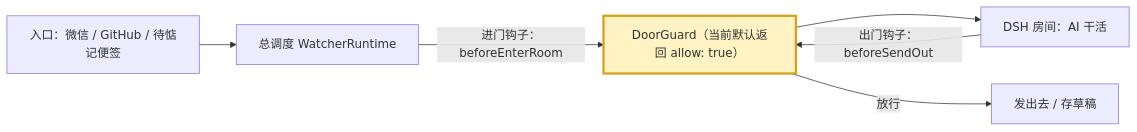
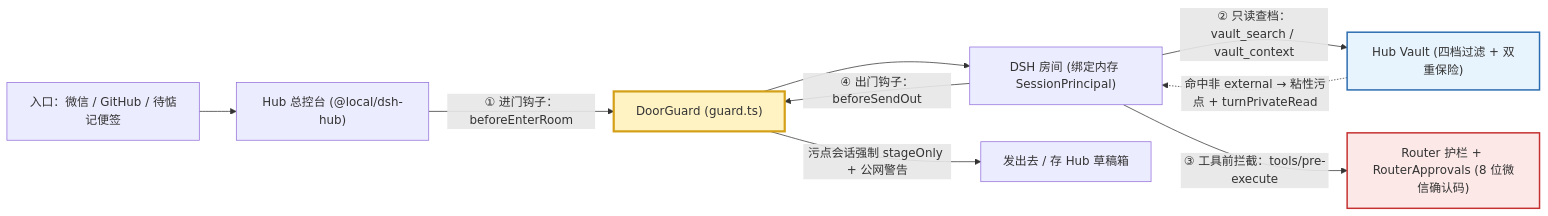
One commit to V1ki/dsh-watcher changed the first of 2 diagrams in docs/04-以后再加的安全门禁.md. Above: the diagram before and after it, drawn with Mermaid. The commit also changed other lines of this file and 5 other files, not shown here.

Commit message:
docs: update architecture, message flows, security gates, and outbound docs for HubVault and Router refactor

````diff
--- a/docs/04-以后再加的安全门禁.md
+++ b/docs/04-以后再加的安全门禁.md
@@ -17,10 +9,15 @@
 ```mermaid
 flowchart LR
-    IN["入口：微信 / GitHub / 待惦记便签"] --> HUB["总调度 WatcherRuntime"]
-    HUB -->|"进门钩子：beforeEnterRoom"| GUARD["DoorGuard（当前默认返回 allow: true）"]
-    GUARD --> ROOM["DSH 房间：AI 干活"]
-    ROOM -->|"出门钩子：beforeSendOut"| GUARD
-    GUARD -->|"放行"| OUT["发出去 / 存草稿"]
+    IN["入口：微信 / GitHub / 待惦记便签"] --> HUB["Hub 总控台 (@local/dsh-hub)"]
+    HUB -->|"① 进门钩子：beforeEnterRoom"| GUARD["DoorGuard (guard.ts)"]
+    GUARD --> ROOM["DSH 房间 (绑定内存 SessionPrincipal)"]
+    ROOM -->|"② 只读查档：vault_search / vault_context"| VAULT["Hub Vault (四档过滤 + 双重保险)"]
+    VAULT -.->|"命中非 external → 粘性污点 + turnPrivateRead"| ROOM
+    ROOM -->|"③ 工具前拦截：tools/pre-execute"| PRE["Router 护栏 + RouterApprovals (8 位微信确认码)"]
+    ROOM -->|"④ 出门钩子：beforeSendOut"| GUARD
+    GUARD -->|"污点会话强制 stageOnly + 公网警告"| OUT["发出去 / 存 Hub 草稿箱"]
 
     style GUARD fill:#fff3c4,stroke:#d4a017,stroke-width:3px
+    style VAULT fill:#e8f4fd,stroke:#2b6cb0,stroke-width:2px
+    style PRE fill:#fde8e8,stroke:#c53030,stroke-width:2px
 ```
````
